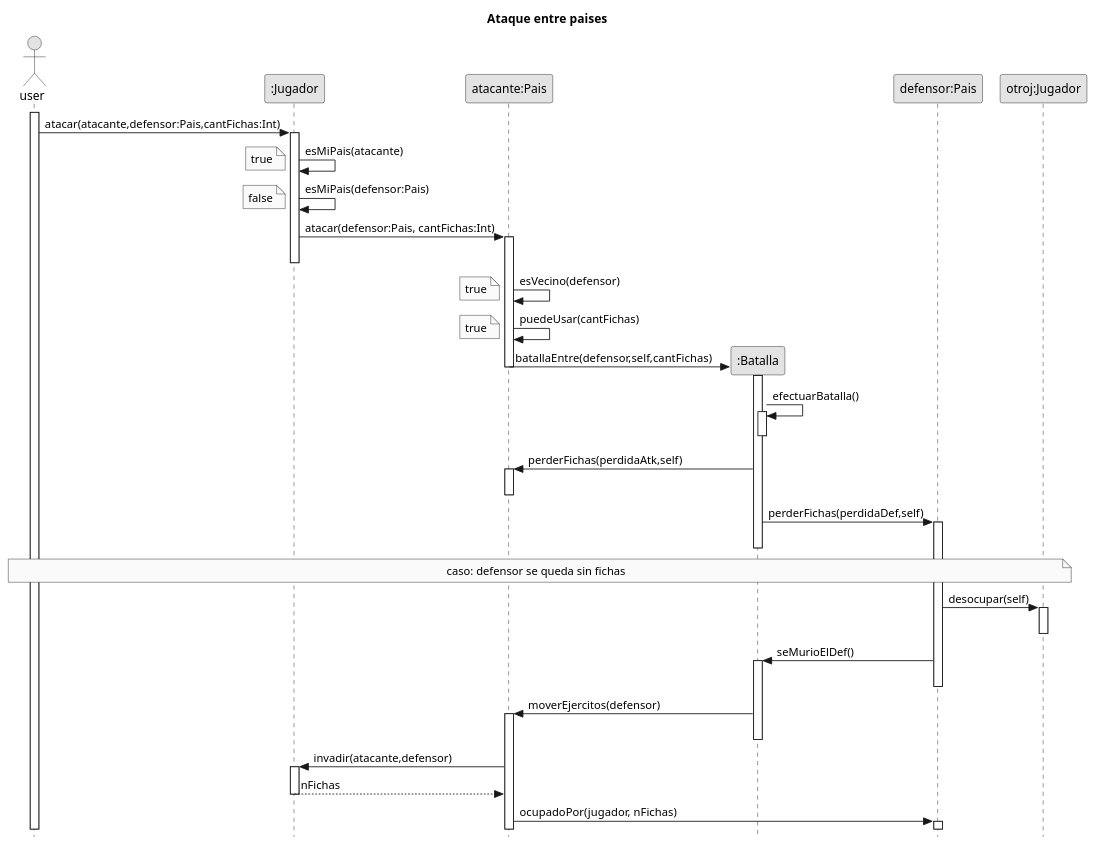
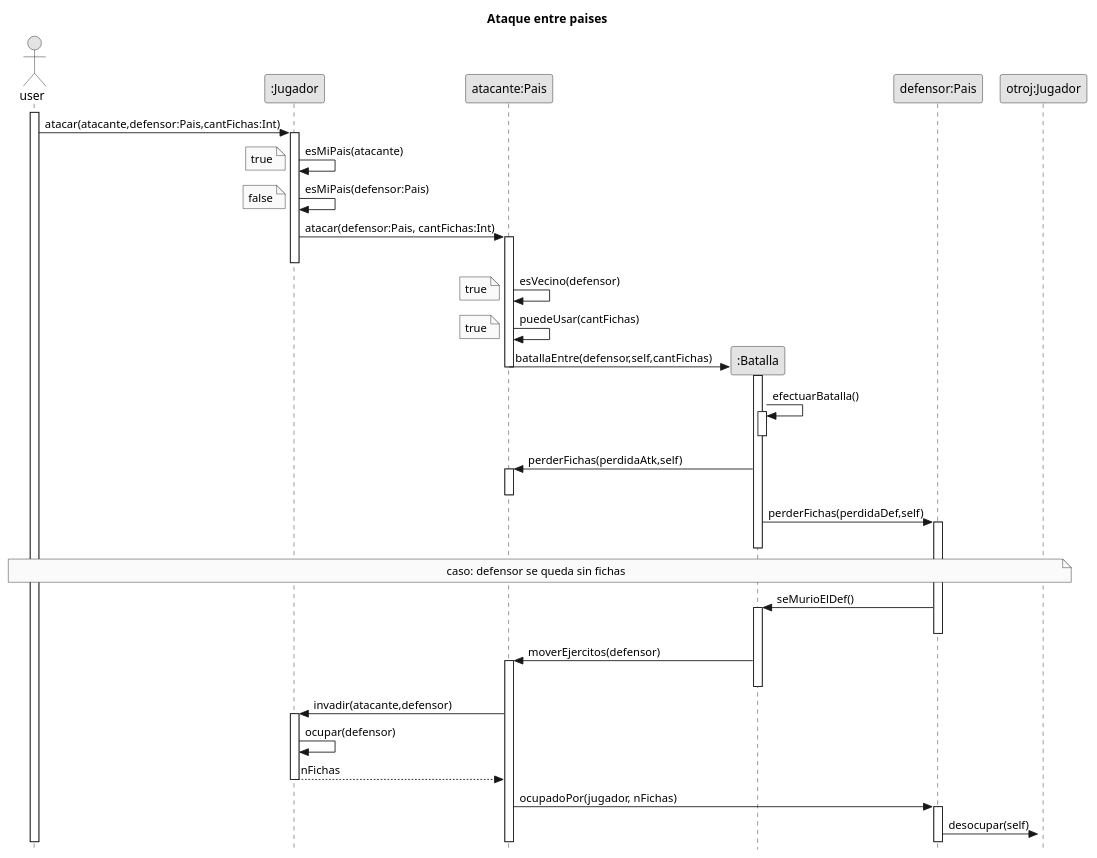
Before and after one commit to Gabrielsem/A.L.T.E.G.O.: the diagram in UML/Secuencia.plantuml, drawn with PlantUML. The commit also changed 1 other file, not shown here.

Commit message:
Agrego UML de ininicialización y actualizo secuencia anterior

```diff
--- a/UML/Secuencia.plantuml
+++ b/UML/Secuencia.plantuml
@@ -1,69 +1,71 @@
 @startuml
 skinparam style strictuml
 skinparam classAttributeIconSize 0
 skinparam monochrome true
 
 title **Ataque entre paises**
 
 actor user
 participant jugador as ":Jugador"
 participant atk as "atacante:Pais"
 participant batalla as ":Batalla"
 participant def as "defensor:Pais"
 participant defJ as "otroj:Jugador"
 
 user ++
 user -> jugador ++: atacar(atacante,defensor:Pais,cantFichas:Int)
 
 jugador -> jugador : esMiPais(atacante)
 note left
 	true
 end note
 
 jugador -> jugador : esMiPais(defensor:Pais)
 note left
 	false
 end note
 
 jugador -> atk ++: atacar(defensor:Pais, cantFichas:Int)
 jugador --
 
 atk -> atk : esVecino(defensor)
 note left
 	true
 end note
 
 atk -> atk: puedeUsar(cantFichas)
 note left
 	true
 end note
 
 atk -> batalla **: batallaEntre(defensor,self,cantFichas)
 batalla ++
 atk --
 batalla -> batalla ++: efectuarBatalla()
 batalla --
 atk <- batalla ++: perderFichas(perdidaAtk,self)
 atk -- 
 batalla -> def ++: perderFichas(perdidaDef,self)
 batalla --
 note over user,defJ
 	caso: defensor se queda sin fichas
 end note
 
-def -> defJ ++: desocupar(self)
+
 defJ--
 
 batalla <- def ++ : seMurioElDef()
 def --
 atk <- batalla ++ : moverEjercitos(defensor)
 batalla --
 
 jugador <- atk ++: invadir(atacante,defensor)
+jugador -> jugador: ocupar(defensor)
 jugador --> atk -- : nFichas
 
 atk -> def ++: ocupadoPor(jugador, nFichas)
+def -> defJ ++: desocupar(self)
 
 
 
 @enduml
```
